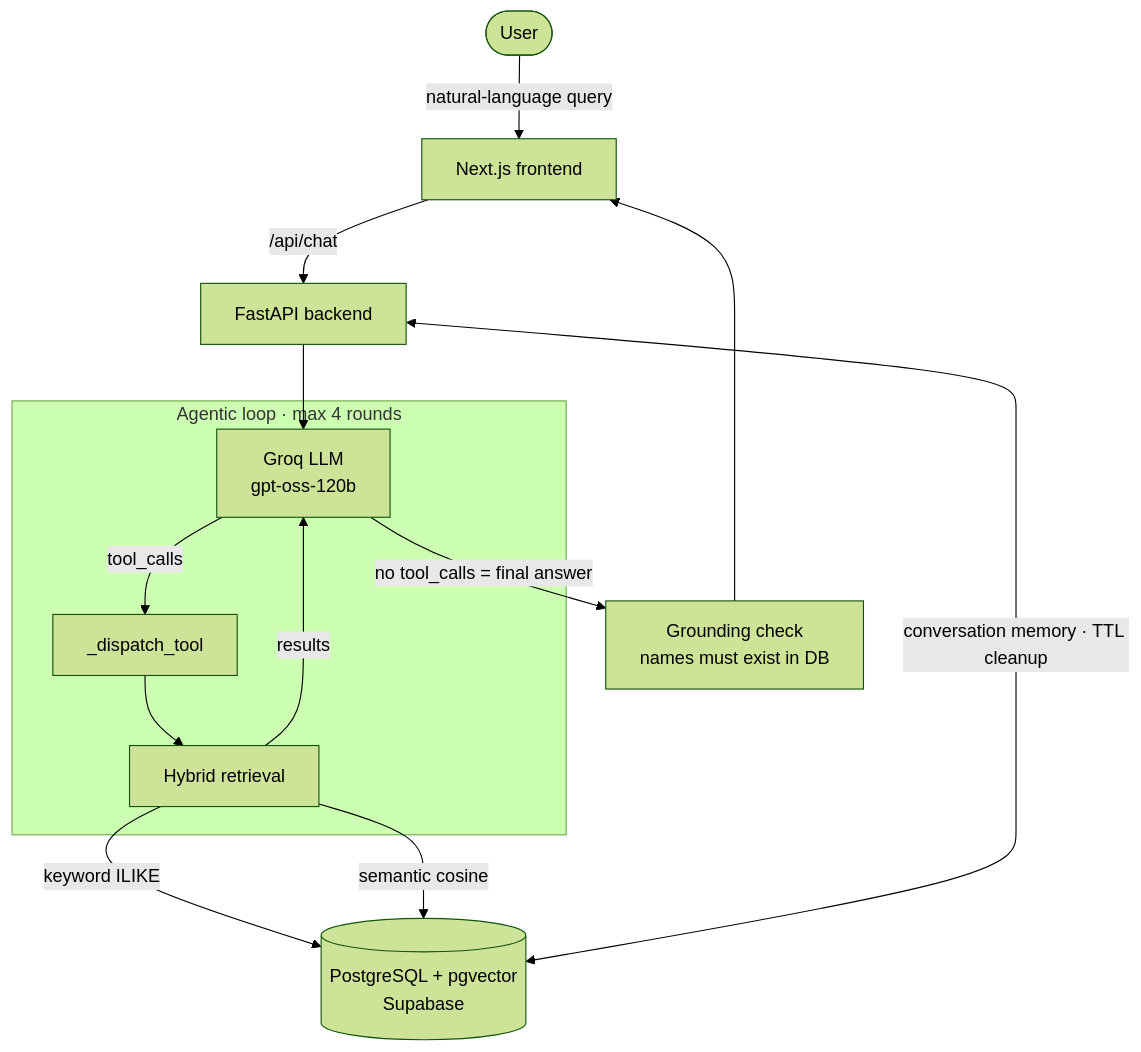
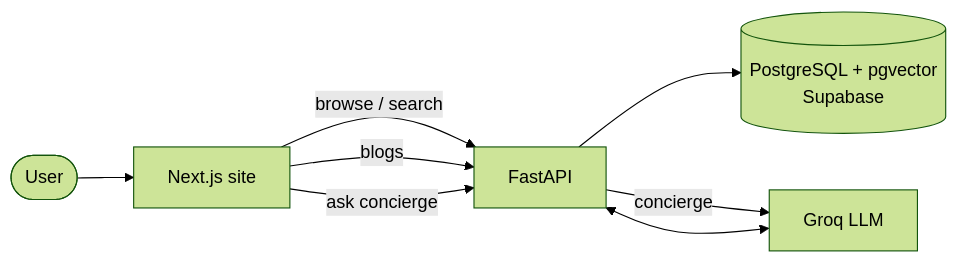
One commit to mubeen-smo/mmdb changed the diagram in README.md. Above: the diagram before and after it, drawn with Mermaid (forest theme). The commit also changed other lines of this file and 1 other file, not shown here.

````diff
--- a/README.md
+++ b/README.md
@@ -44,19 +43,10 @@
 ```mermaid
-flowchart TD
-    U([User]) -->|natural-language query| FE[Next.js frontend]
-    FE -->|/api/chat| BE[FastAPI backend]
-
-    subgraph Agent[Agentic loop · max 4 rounds]
-        LLM[Groq LLM<br/>gpt-oss-120b]
-        LLM -->|tool_calls| DISP[_dispatch_tool]
-        DISP --> RET[Hybrid retrieval]
-        RET -->|results| LLM
-    end
-
-    BE --> LLM
-    RET -->|keyword ILIKE| DB[(PostgreSQL + pgvector<br/>Supabase)]
-    RET -->|semantic cosine| DB
-    LLM -->|no tool_calls = final answer| GROUND[Grounding check<br/>names must exist in DB]
-    GROUND --> FE
-    BE <-->|conversation memory · TTL cleanup| DB
+flowchart LR
+    U([User]) --> FE[Next.js site]
+    FE -->|browse / search| API[FastAPI]
+    FE -->|blogs| API
+    FE -->|ask concierge| API
+    API --> DB[(PostgreSQL + pgvector<br/>Supabase)]
+    API -->|concierge| LLM[Groq LLM]
+    LLM <--> API
 ```
````
